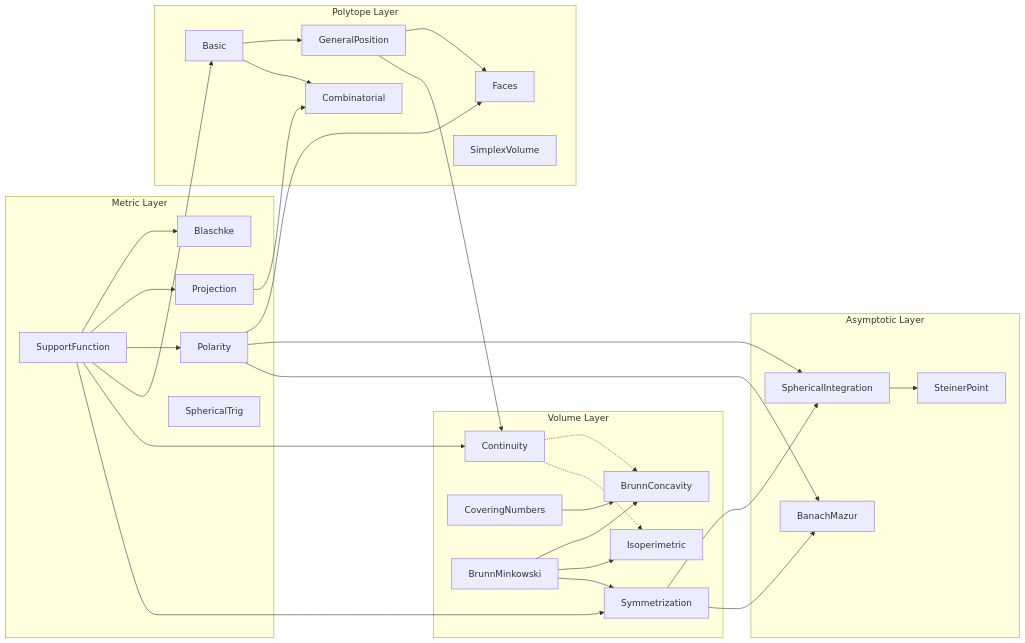
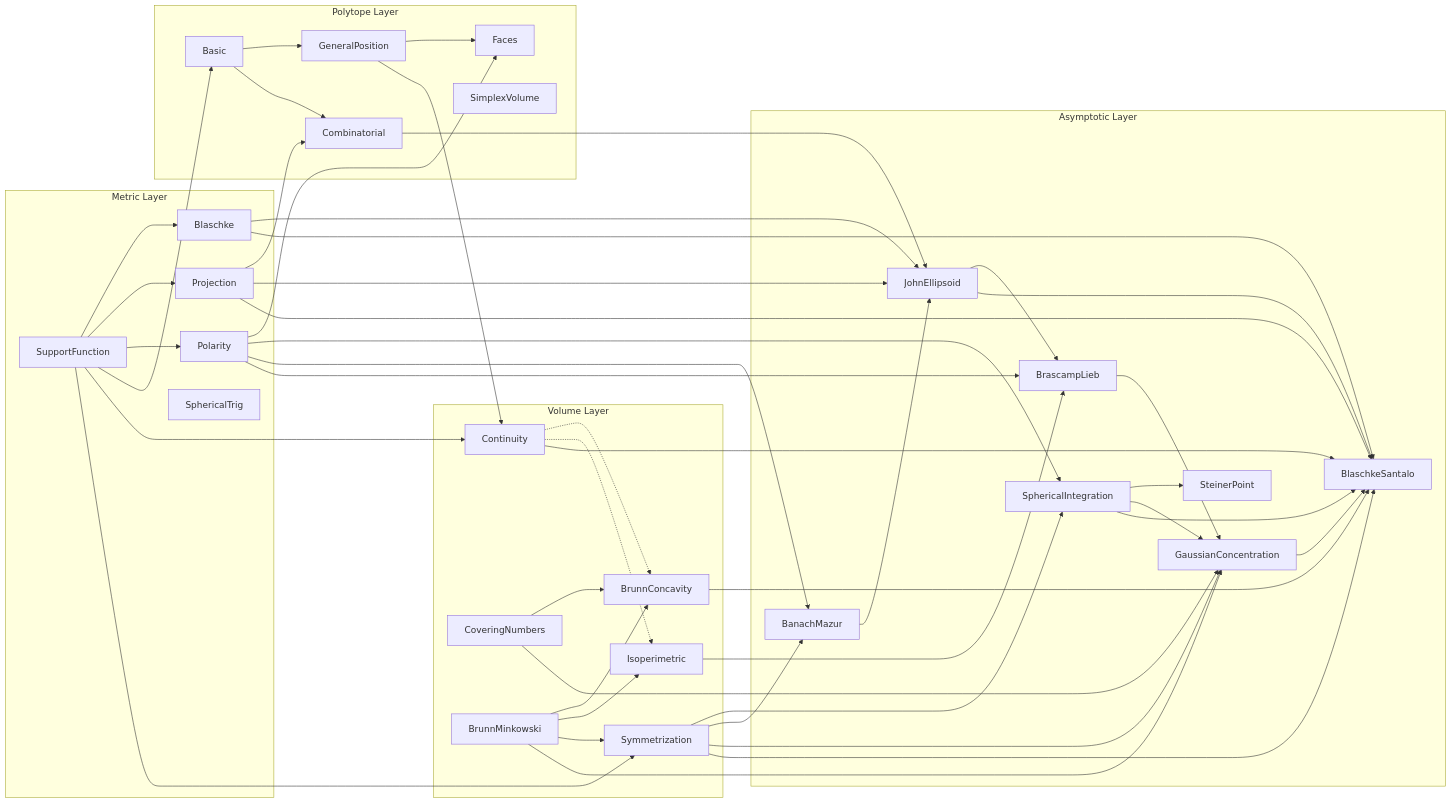
The diagram in docs/MODULES.md (egor1729/lean-convex-geometry), drawn with Mermaid before and after one commit. The commit also changed other lines of this file and 2 other files, not shown here.

Commit message:
Update README, MODULES, and ROADMAP for Ball's classical theorems

````diff
--- a/docs/MODULES.md
+++ b/docs/MODULES.md
@@ -53,57 +57,81 @@
 ```mermaid
 flowchart LR
     subgraph Metric["Metric Layer"]
         SF["SupportFunction"]
         BL["Blaschke"]
         PR["Projection"]
         PO["Polarity"]
         ST["SphericalTrig"]
         SF --> BL
         SF --> PR
         SF --> PO
     end
 
     subgraph Polytope["Polytope Layer"]
         PY["Basic"]
         GP["GeneralPosition"]
         CB["Combinatorial"]
         FA["Faces"]
         SV["SimplexVolume"]
         PY --> GP
         PY --> CB
         GP --> FA
     end
 
     subgraph Volume["Volume Layer"]
         VC["Continuity"]
         CN["CoveringNumbers"]
         BM["BrunnMinkowski"]
         BC["BrunnConcavity"]
         ISO["Isoperimetric"]
         SY["Symmetrization"]
         BM --> BC
         CN --> BC
         BM --> ISO
         BM --> SY
         VC -.-> BC
         VC -.-> ISO
     end
 
     subgraph Asymptotic["Asymptotic Layer"]
         SI["SphericalIntegration"]
         BMA["BanachMazur"]
         SP["SteinerPoint"]
+        JE["JohnEllipsoid"]
+        BLI["BrascampLieb"]
+        GC["GaussianConcentration"]
+        BS["BlaschkeSantalo"]
         SI --> SP
+        BMA --> JE
+        JE --> BLI
+        BLI --> GC
+        SI --> GC
+        GC --> BS
+        JE --> BS
+        SI --> BS
     end
 
     SF --> PY
     PR --> CB
     PO --> FA
     SF --> VC
     GP --> VC
     SF --> SY
     PO --> SI
     SY --> SI
     PO --> BMA
     SY --> BMA
+    BL --> JE
+    PR --> JE
+    CB --> JE
+    PO --> BLI
+    ISO --> BLI
+    BM --> GC
+    CN --> GC
+    SY --> GC
+    BL --> BS
+    PR --> BS
+    BC --> BS
+    VC --> BS
+    SY --> BS
 ```
````
